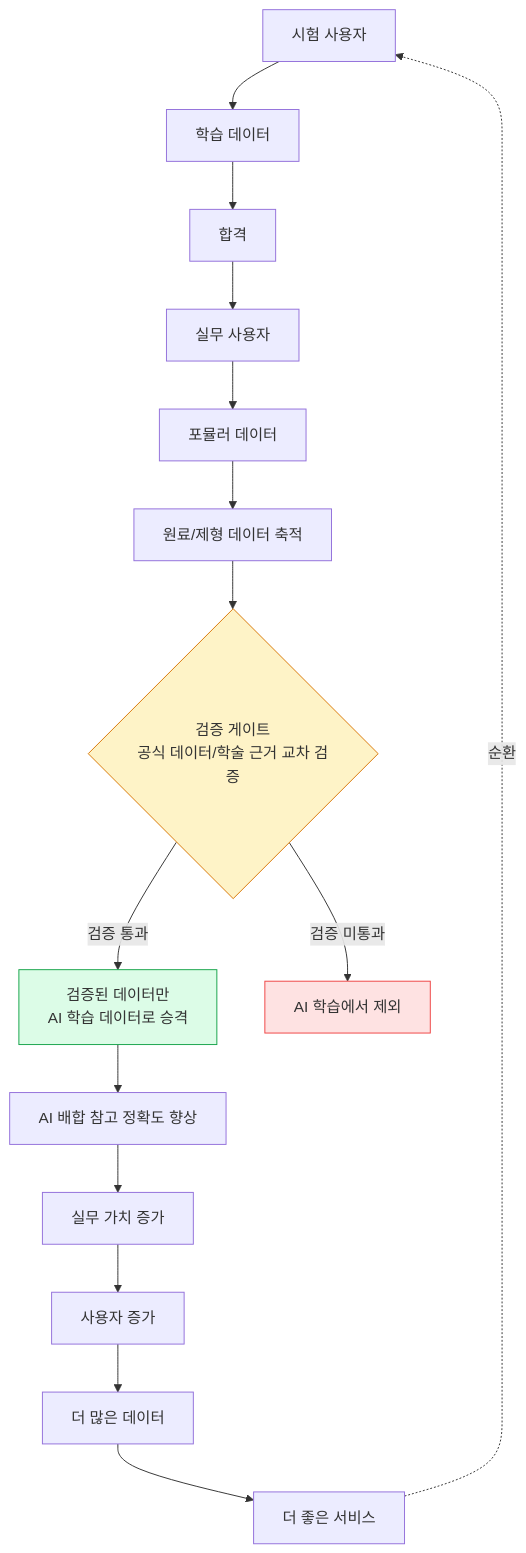
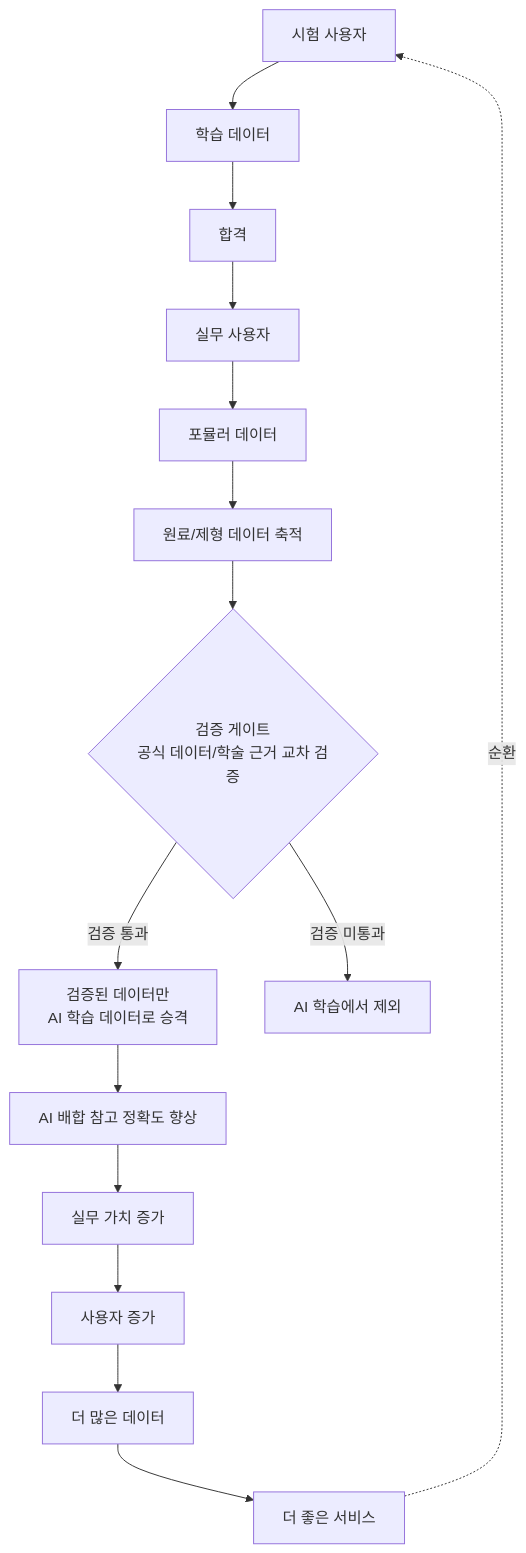
One commit to skygoldlee-cyber/Personalized_Skincare changed the second of 3 diagrams in docs/dev/FEATURE_PROPOSALS.md. Above: the diagram before and after it, drawn with Mermaid. The commit also changed other lines of this file and 1 other file, not shown here.

First line of the commit message:
docs: Mermaid 다크모드 대비 문제 해결 — style 지시자 제거

````diff
--- a/docs/dev/FEATURE_PROPOSALS.md
+++ b/docs/dev/FEATURE_PROPOSALS.md
@@ -627,21 +627,18 @@
 ```mermaid
 flowchart TD
     A[시험 사용자] --> B[학습 데이터]
     B --> C[합격]
     C --> D[실무 사용자]
     D --> E[포뮬러 데이터]
     E --> F[원료/제형 데이터 축적]
     F --> G{"검증 게이트<br/>공식 데이터/학술 근거 교차 검증"}
     G -->|검증 통과| H[검증된 데이터만<br/>AI 학습 데이터로 승격]
     G -->|검증 미통과| H2[AI 학습에서 제외]
     H --> I[AI 배합 참고 정확도 향상]
     I --> J[실무 가치 증가]
     J --> K[사용자 증가]
     K --> L[더 많은 데이터]
     L --> M[더 좋은 서비스]
     M -.->|순환| A
 
-    style G fill:#fef3c7,stroke:#d97706
-    style H fill:#dcfce7,stroke:#16a34a
-    style H2 fill:#fee2e2,stroke:#ef4444
 ```
````
